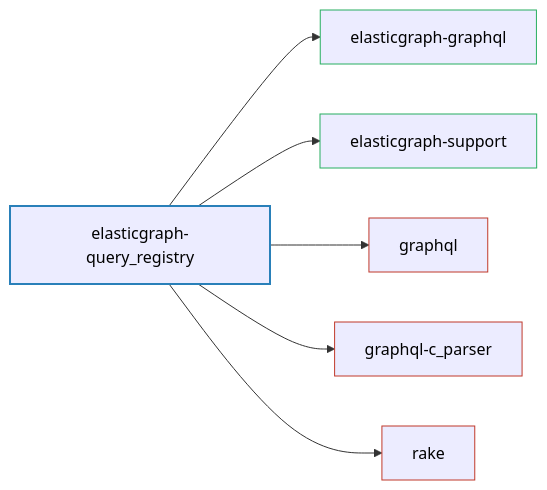
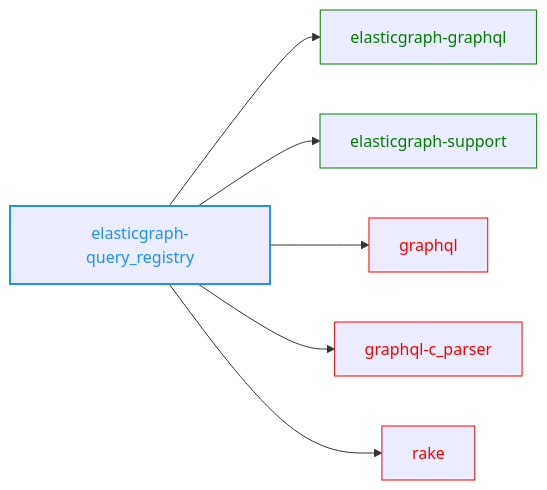
The diagram in elasticgraph-query_registry/README.md (block/elasticgraph), drawn with Mermaid before and after one commit. The commit also changed 23 other files, not shown here.

````diff
--- a/elasticgraph-query_registry/README.md
+++ b/elasticgraph-query_registry/README.md
@@ -34,20 +34,23 @@
 ```mermaid
 graph LR;
     elasticgraph-query_registry["elasticgraph-query_registry"];
     elasticgraph-graphql["elasticgraph-graphql"];
     elasticgraph-query_registry --> elasticgraph-graphql;
     elasticgraph-support["elasticgraph-support"];
     elasticgraph-query_registry --> elasticgraph-support;
     graphql["graphql"];
     elasticgraph-query_registry --> graphql;
     graphql-c_parser["graphql-c_parser"];
     elasticgraph-query_registry --> graphql-c_parser;
     rake["rake"];
     elasticgraph-query_registry --> rake;
-    style elasticgraph-query_registry fill:#lightblue,stroke:#2980b9,stroke-width:2px,color:#000;
-    style elasticgraph-graphql fill:#lightgreen,stroke:#27ae60,stroke-width:1px,color:#000;
-    style elasticgraph-support fill:#lightgreen,stroke:#27ae60,stroke-width:1px,color:#000;
-    style graphql fill:#lightcoral,stroke:#c0392b,stroke-width:1px,color:#000;
-    style graphql-c_parser fill:#lightcoral,stroke:#c0392b,stroke-width:1px,color:#000;
-    style rake fill:#lightcoral,stroke:#c0392b,stroke-width:1px,color:#000;
+    style elasticgraph-query_registry color:DodgerBlue,stroke-width:2px,stroke:DodgerBlue;
+    style elasticgraph-graphql color:Green,stroke:Green;
+    style elasticgraph-support color:Green,stroke:Green;
+    style graphql color:Red,stroke:Red;
+    style graphql-c_parser color:Red,stroke:Red;
+    style rake color:Red,stroke:Red;
+    click graphql href "https://rubygems.org/gems/graphql" "Open on RubyGems.org" _blank;
+    click graphql-c_parser href "https://rubygems.org/gems/graphql-c_parser" "Open on RubyGems.org" _blank;
+    click rake href "https://rubygems.org/gems/rake" "Open on RubyGems.org" _blank;
 ```
````
